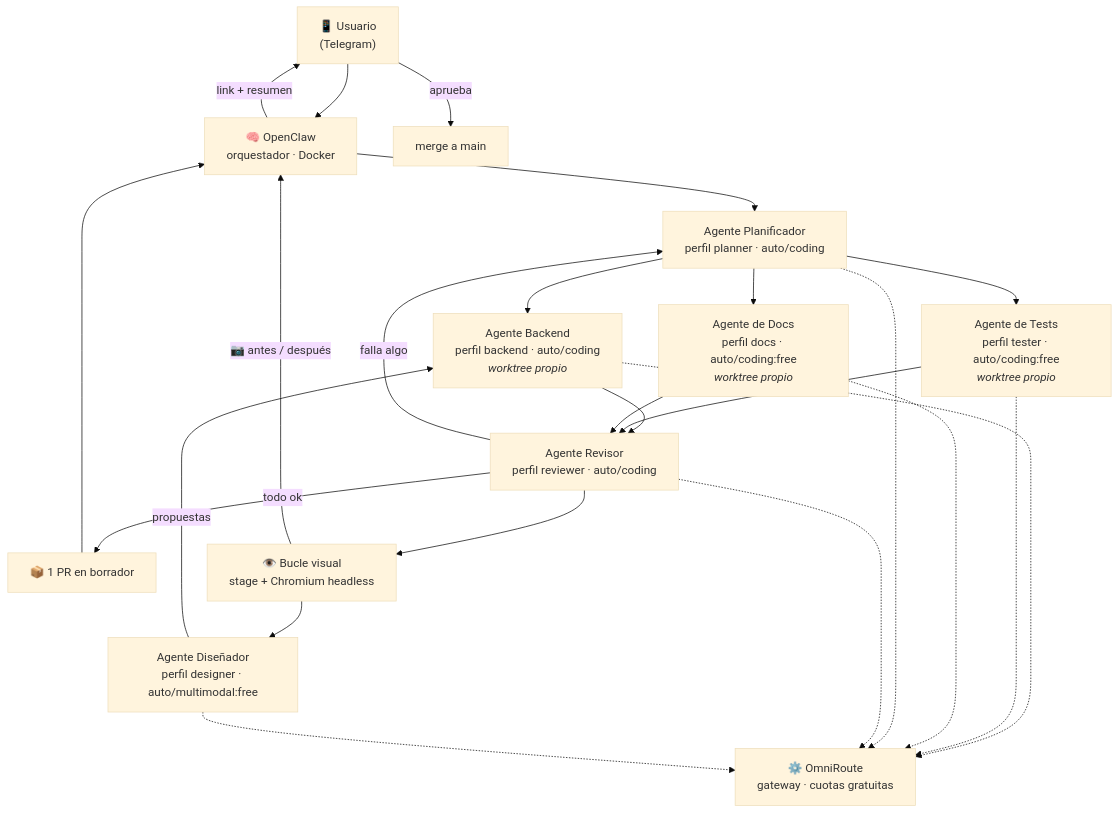
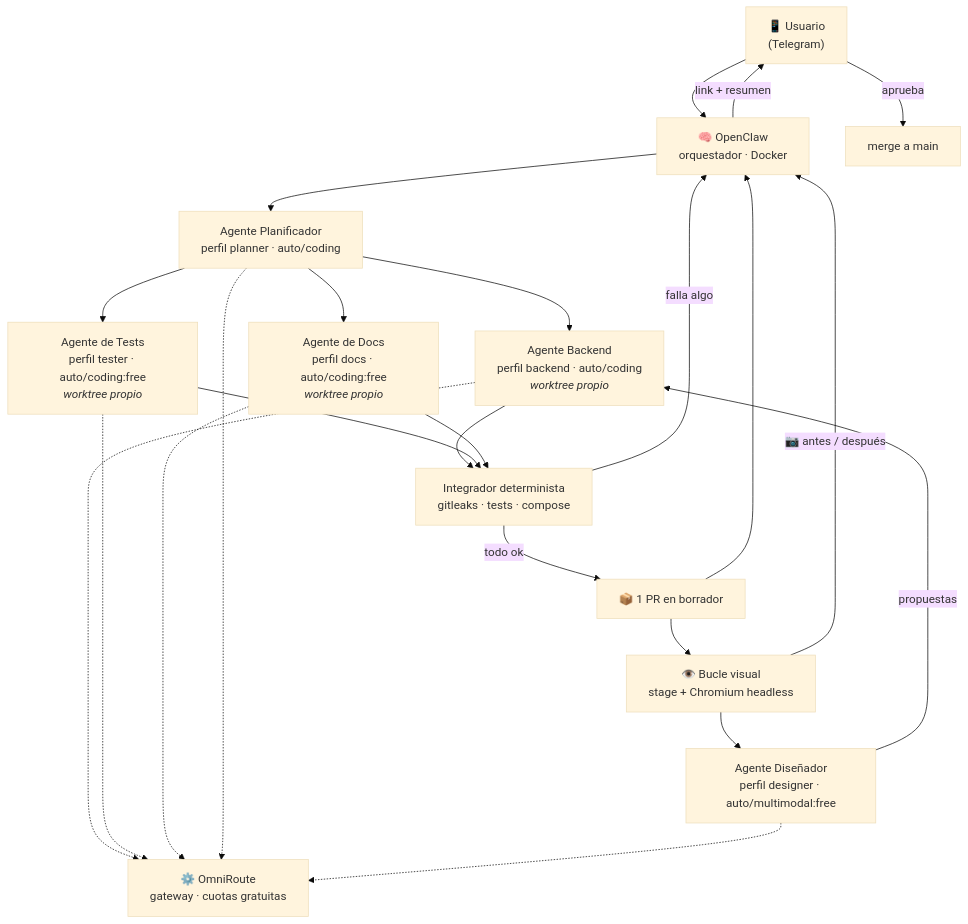
Before and after one commit to marksato13/self-hosted-ai-devops: the diagram in README.md, drawn with Mermaid (base theme). The commit also changed other lines of this file and 10 other files, not shown here.

````diff
--- a/README.md
+++ b/README.md
@@ -42,28 +42,27 @@
 ```mermaid
 flowchart TD
     U["📱 Usuario<br/>(Telegram)"] --> OC["🧠 OpenClaw<br/>orquestador · Docker"]
     OC --> P["Agente Planificador<br/>perfil planner · auto/coding"]
     P --> B["Agente Backend<br/>perfil backend · auto/coding<br/><i>worktree propio</i>"]
     P --> T["Agente de Tests<br/>perfil tester · auto/coding:free<br/><i>worktree propio</i>"]
     P --> D["Agente de Docs<br/>perfil docs · auto/coding:free<br/><i>worktree propio</i>"]
-    B --> R["Agente Revisor<br/>perfil reviewer · auto/coding"]
+    B --> R["Integrador determinista<br/>gitleaks · tests · compose"]
     T --> R
     D --> R
-    R -->|falla algo| P
+    R -->|falla algo| OC
     R -->|todo ok| PR["📦 1 PR en borrador"]
     PR --> OC
     OC -->|link + resumen| U
     U -->|aprueba| M["merge a main"]
 
-    R --> V["👁️ Bucle visual<br/>stage + Chromium headless"]
+    PR --> V["👁️ Bucle visual<br/>stage + Chromium headless"]
     V --> DS["Agente Diseñador<br/>perfil designer · auto/multimodal:free"]
     DS -->|propuestas| B
     V -->|📷 antes / después| OC
 
     B -.-> LL["⚙️ OmniRoute<br/>gateway · cuotas gratuitas"]
     T -.-> LL
     D -.-> LL
     P -.-> LL
-    R -.-> LL
     DS -.-> LL
 ```
````
